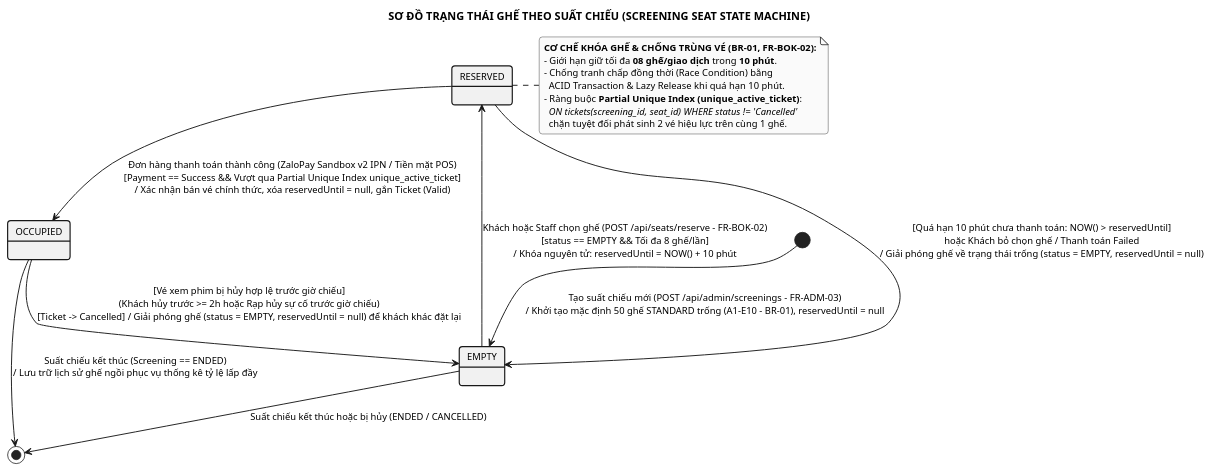
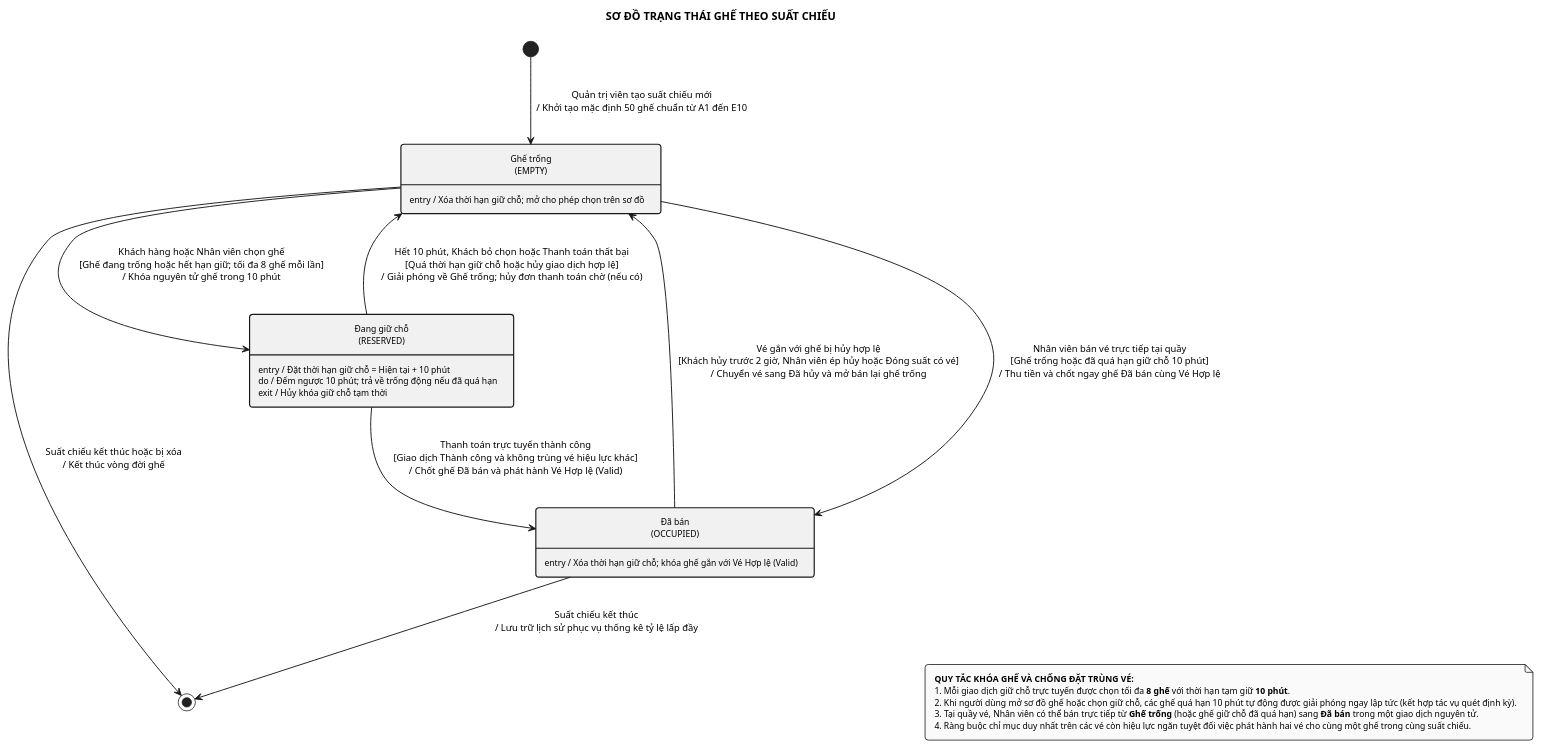
The diagram in PlantUML_State_Diagrams/state_seat.puml (MaGiaVy/CinemaLUMI), drawn with PlantUML before and after one commit. The commit also changed 92 other files, not shown here.

Commit message:
feat(uml-state-ui): redesign state diagrams to pure Vietnamese, sync SVG exports and fullstack fixes

```diff
--- a/PlantUML_State_Diagrams/state_seat.puml
+++ b/PlantUML_State_Diagrams/state_seat.puml
@@ -1,37 +1,65 @@
 @startuml state_seat
 skinparam monochrome true
 skinparam style strictuml
+skinparam shadowing false
 skinparam defaultFontName Arial
 skinparam defaultFontSize 12
 skinparam roundCorner 8
+skinparam padding 6
+skinparam nodesep 55
+skinparam ranksep 65
+skinparam ArrowThickness 1.2
 skinparam state {
     BorderThickness 1.5
-    ArrowThickness 1.2
+    AttributeFontSize 11
 }
+skinparam note {
+    BorderThickness 1
+    FontSize 11
+}
+hide empty description
 
-title SƠ ĐỒ TRẠNG THÁI GHẾ THEO SUẤT CHIẾU (SCREENING SEAT STATE MACHINE)
+title SƠ ĐỒ TRẠNG THÁI GHẾ THEO SUẤT CHIẾU
 
-[*] --> EMPTY : Tạo suất chiếu mới (POST /api/admin/screenings - FR-ADM-03)\n/ Khởi tạo mặc định 50 ghế STANDARD trống (A1-E10 - BR-01), reservedUntil = null
+state "Ghế trống\n(EMPTY)" as GHE_TRONG {
+}
+GHE_TRONG : entry / Xóa thời hạn giữ chỗ; mở cho phép chọn trên sơ đồ
 
-EMPTY --> RESERVED : Khách hoặc Staff chọn ghế (POST /api/seats/reserve - FR-BOK-02)\n[status == EMPTY && Tối đa 8 ghế/lần]\n/ Khóa nguyên tử: reservedUntil = NOW() + 10 phút
+state "Đang giữ chỗ\n(RESERVED)" as DANG_GIU_CHO {
+}
+DANG_GIU_CHO : entry / Đặt thời hạn giữ chỗ = Hiện tại + 10 phút
+DANG_GIU_CHO : do / Đếm ngược 10 phút; trả về trống động nếu đã quá hạn
+DANG_GIU_CHO : exit / Hủy khóa giữ chỗ tạm thời
 
-RESERVED --> EMPTY : [Quá hạn 10 phút chưa thanh toán: NOW() > reservedUntil]\nhoặc Khách bỏ chọn ghế / Thanh toán Failed\n/ Giải phóng ghế về trạng thái trống (status = EMPTY, reservedUntil = null)
+state "Đã bán\n(OCCUPIED)" as DA_BAN {
+}
+DA_BAN : entry / Xóa thời hạn giữ chỗ; khóa ghế gắn với Vé Hợp lệ (Valid)
 
-RESERVED --> OCCUPIED : Đơn hàng thanh toán thành công (ZaloPay Sandbox v2 IPN / Tiền mặt POS)\n[Payment == Success && Vượt qua Partial Unique Index unique_active_ticket]\n/ Xác nhận bán vé chính thức, xóa reservedUntil = null, gắn Ticket (Valid)
+[*] --> GHE_TRONG : Quản trị viên tạo suất chiếu mới\n/ Khởi tạo mặc định 50 ghế chuẩn từ A1 đến E10
 
-OCCUPIED --> EMPTY : [Vé xem phim bị hủy hợp lệ trước giờ chiếu]\n(Khách hủy trước >= 2h hoặc Rạp hủy sự cố trước giờ chiếu)\n[Ticket -> Cancelled] / Giải phóng ghế (status = EMPTY, reservedUntil = null) để khách khác đặt lại
+GHE_TRONG --> DANG_GIU_CHO : Khách hàng hoặc Nhân viên chọn ghế\n[Ghế đang trống hoặc hết hạn giữ; tối đa 8 ghế mỗi lần]\n/ Khóa nguyên tử ghế trong 10 phút
 
-OCCUPIED --> [*] : Suất chiếu kết thúc (Screening == ENDED)\n/ Lưu trữ lịch sử ghế ngồi phục vụ thống kê tỷ lệ lấp đầy
-EMPTY --> [*] : Suất chiếu kết thúc hoặc bị hủy (ENDED / CANCELLED)
+DANG_GIU_CHO --> GHE_TRONG : Hết 10 phút, Khách bỏ chọn hoặc Thanh toán thất bại\n[Quá thời hạn giữ chỗ hoặc hủy giao dịch hợp lệ]\n/ Giải phóng về Ghế trống; hủy đơn thanh toán chờ (nếu có)
 
-note right of RESERVED
-  <b>CƠ CHẾ KHÓA GHẾ & CHỐNG TRÙNG VÉ (BR-01, FR-BOK-02):</b>
-  - Giới hạn giữ tối đa <b>08 ghế/giao dịch</b> trong <b>10 phút</b>.
-  - Chống tranh chấp đồng thời (Race Condition) bằng
-    ACID Transaction & Lazy Release khi quá hạn 10 phút.
-  - Ràng buộc <b>Partial Unique Index (unique_active_ticket)</b>:
-    <i>ON tickets(screening_id, seat_id) WHERE status != 'Cancelled'</i>
-    chặn tuyệt đối phát sinh 2 vé hiệu lực trên cùng 1 ghế.
+DANG_GIU_CHO --> DA_BAN : Thanh toán trực tuyến thành công\n[Giao dịch Thành công và không trùng vé hiệu lực khác]\n/ Chốt ghế Đã bán và phát hành Vé Hợp lệ (Valid)
+
+GHE_TRONG --> DA_BAN : Nhân viên bán vé trực tiếp tại quầy\n[Ghế trống hoặc đã quá hạn giữ chỗ 10 phút]\n/ Thu tiền và chốt ngay ghế Đã bán cùng Vé Hợp lệ
+
+DA_BAN --> GHE_TRONG : Vé gắn với ghế bị hủy hợp lệ\n[Khách hủy trước 2 giờ, Nhân viên ép hủy hoặc Đóng suất có vé]\n/ Chuyển vé sang Đã hủy và mở bán lại ghế trống
+
+DA_BAN --> [*] : Suất chiếu kết thúc\n/ Lưu trữ lịch sử phục vụ thống kê tỷ lệ lấp đầy
+
+GHE_TRONG --> [*] : Suất chiếu kết thúc hoặc bị xóa\n/ Kết thúc vòng đời ghế
+
+note as GhiChu
+  <b>QUY TẮC KHÓA GHẾ VÀ CHỐNG ĐẶT TRÙNG VÉ:</b>
+  1. Mỗi giao dịch giữ chỗ trực tuyến được chọn tối đa <b>8 ghế</b> với thời hạn tạm giữ <b>10 phút</b>.
+  2. Khi người dùng mở sơ đồ ghế hoặc chọn giữ chỗ, các ghế quá hạn 10 phút tự động được giải phóng ngay lập tức (kết hợp tác vụ quét định kỳ).
+  3. Tại quầy vé, Nhân viên có thể bán trực tiếp từ <b>Ghế trống</b> (hoặc ghế giữ chỗ đã quá hạn) sang <b>Đã bán</b> trong một giao dịch nguyên tử.
+  4. Ràng buộc chỉ mục duy nhất trên các vé còn hiệu lực ngăn tuyệt đối việc phát hành hai vé cho cùng một ghế trong cùng suất chiếu.
 end note
 
+DA_BAN -[hidden]-> GhiChu
+GHE_TRONG -[hidden]-> GhiChu
+
 @enduml
```
